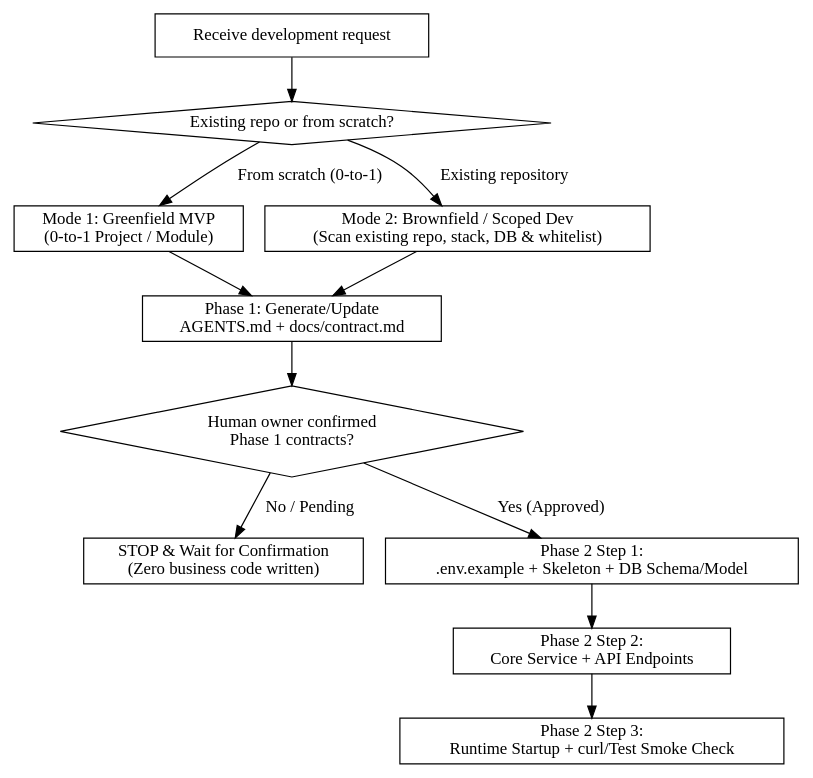
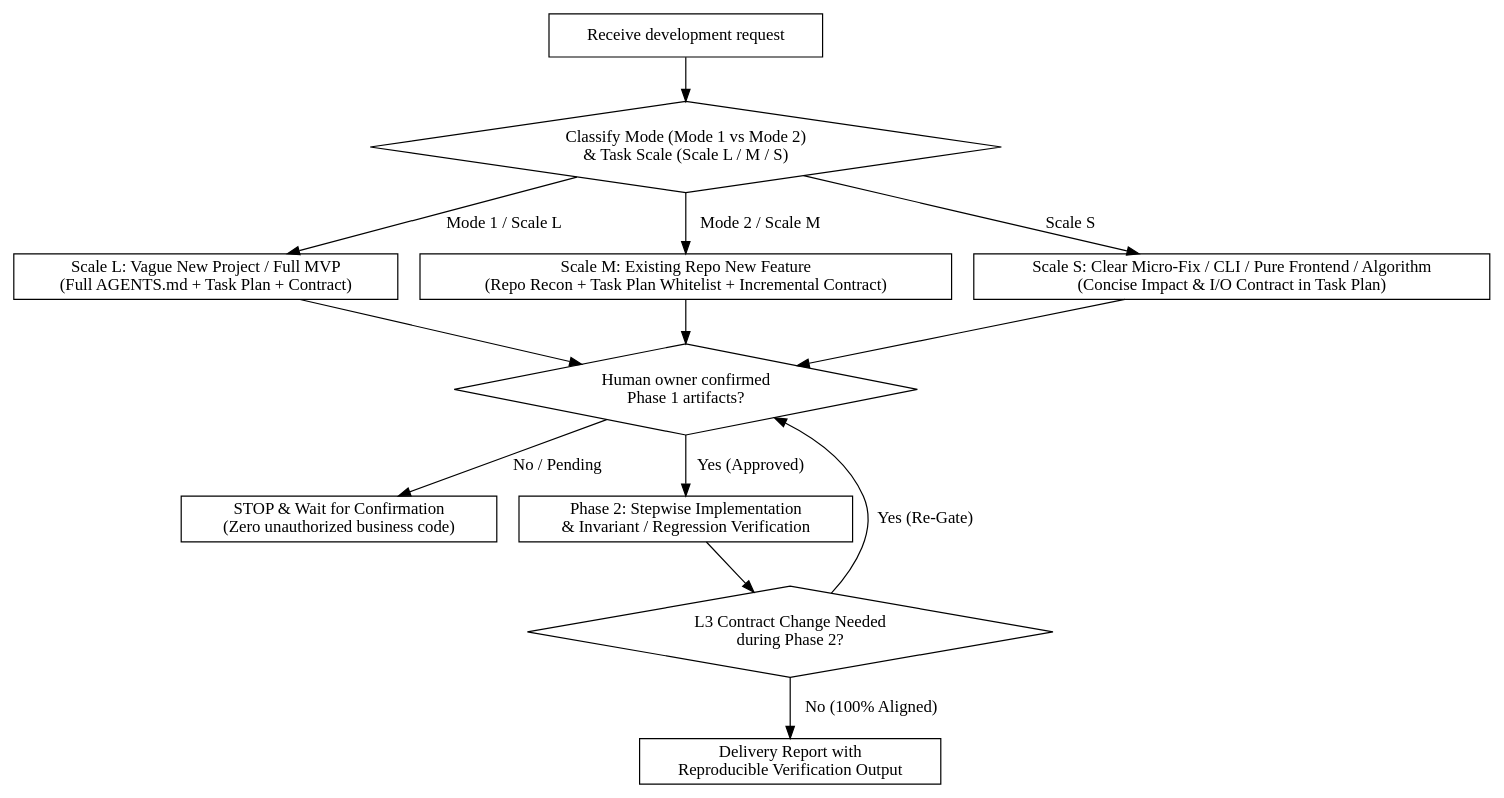
The diagram in SKILL.md (WaterProMax/dev-skill), drawn with Graphviz before and after one commit. The commit also changed other lines of this file and 15 other files, not shown here.

Commit message:
feat(v1.1.0): add 2-layer behavioral tests, template consistency audit, L1-L3 contract protocol, Scale L/M/S routing & runnable minimal repro

````diff
--- a/SKILL.md
+++ b/SKILL.md
@@ -24,26 +26,28 @@
 ```dot
 digraph dev_skill_flow {
     rankdir=TB;
     "Receive development request" [shape=box];
-    "Existing repo or from scratch?" [shape=diamond];
-    "Mode 1: Greenfield MVP\n(0-to-1 Project / Module)" [shape=box];
-    "Mode 2: Brownfield / Scoped Dev\n(Scan existing repo, stack, DB & whitelist)" [shape=box];
-    "Phase 1: Generate/Update\nAGENTS.md + docs/contract.md" [shape=box];
-    "Human owner confirmed\nPhase 1 contracts?" [shape=diamond];
-    "STOP & Wait for Confirmation\n(Zero business code written)" [shape=box];
-    "Phase 2 Step 1:\n.env.example + Skeleton + DB Schema/Model" [shape=box];
-    "Phase 2 Step 2:\nCore Service + API Endpoints" [shape=box];
-    "Phase 2 Step 3:\nRuntime Startup + curl/Test Smoke Check" [shape=box];
+    "Classify Mode (Mode 1 vs Mode 2)\n& Task Scale (Scale L / M / S)" [shape=diamond];
+    "Scale L: Vague New Project / Full MVP\n(Full AGENTS.md + Task Plan + Contract)" [shape=box];
+    "Scale M: Existing Repo New Feature\n(Repo Recon + Task Plan Whitelist + Incremental Contract)" [shape=box];
+    "Scale S: Clear Micro-Fix / CLI / Pure Frontend / Algorithm\n(Concise Impact & I/O Contract in Task Plan)" [shape=box];
+    "Human owner confirmed\nPhase 1 artifacts?" [shape=diamond];
+    "STOP & Wait for Confirmation\n(Zero unauthorized business code)" [shape=box];
+    "Phase 2: Stepwise Implementation\n& Invariant / Regression Verification" [shape=box];
+    "L3 Contract Change Needed\nduring Phase 2?" [shape=diamond];
+    "Delivery Report with\nReproducible Verification Output" [shape=box];
 
-    "Receive development request" -> "Existing repo or from scratch?";
-    "Existing repo or from scratch?" -> "Mode 1: Greenfield MVP\n(0-to-1 Project / Module)" [label="From scratch (0-to-1)"];
-    "Existing repo or from scratch?" -> "Mode 2: Brownfield / Scoped Dev\n(Scan existing repo, stack, DB & whitelist)" [label="Existing repository"];
-    "Mode 1: Greenfield MVP\n(0-to-1 Project / Module)" -> "Phase 1: Generate/Update\nAGENTS.md + docs/contract.md";
-    "Mode 2: Brownfield / Scoped Dev\n(Scan existing repo, stack, DB & whitelist)" -> "Phase 1: Generate/Update\nAGENTS.md + docs/contract.md";
-    "Phase 1: Generate/Update\nAGENTS.md + docs/contract.md" -> "Human owner confirmed\nPhase 1 contracts?";
-    "Human owner confirmed\nPhase 1 contracts?" -> "STOP & Wait for Confirmation\n(Zero business code written)" [label="No / Pending"];
-    "Human owner confirmed\nPhase 1 contracts?" -> "Phase 2 Step 1:\n.env.example + Skeleton + DB Schema/Model" [label="Yes (Approved)"];
-    "Phase 2 Step 1:\n.env.example + Skeleton + DB Schema/Model" -> "Phase 2 Step 2:\nCore Service + API Endpoints";
-    "Phase 2 Step 2:\nCore Service + API Endpoints" -> "Phase 2 Step 3:\nRuntime Startup + curl/Test Smoke Check";
+    "Receive development request" -> "Classify Mode (Mode 1 vs Mode 2)\n& Task Scale (Scale L / M / S)";
+    "Classify Mode (Mode 1 vs Mode 2)\n& Task Scale (Scale L / M / S)" -> "Scale L: Vague New Project / Full MVP\n(Full AGENTS.md + Task Plan + Contract)" [label="Mode 1 / Scale L"];
+    "Classify Mode (Mode 1 vs Mode 2)\n& Task Scale (Scale L / M / S)" -> "Scale M: Existing Repo New Feature\n(Repo Recon + Task Plan Whitelist + Incremental Contract)" [label="Mode 2 / Scale M"];
+    "Classify Mode (Mode 1 vs Mode 2)\n& Task Scale (Scale L / M / S)" -> "Scale S: Clear Micro-Fix / CLI / Pure Frontend / Algorithm\n(Concise Impact & I/O Contract in Task Plan)" [label="Scale S"];
+    "Scale L: Vague New Project / Full MVP\n(Full AGENTS.md + Task Plan + Contract)" -> "Human owner confirmed\nPhase 1 artifacts?";
+    "Scale M: Existing Repo New Feature\n(Repo Recon + Task Plan Whitelist + Incremental Contract)" -> "Human owner confirmed\nPhase 1 artifacts?";
+    "Scale S: Clear Micro-Fix / CLI / Pure Frontend / Algorithm\n(Concise Impact & I/O Contract in Task Plan)" -> "Human owner confirmed\nPhase 1 artifacts?";
+    "Human owner confirmed\nPhase 1 artifacts?" -> "STOP & Wait for Confirmation\n(Zero unauthorized business code)" [label="No / Pending"];
+    "Human owner confirmed\nPhase 1 artifacts?" -> "Phase 2: Stepwise Implementation\n& Invariant / Regression Verification" [label="Yes (Approved)"];
+    "Phase 2: Stepwise Implementation\n& Invariant / Regression Verification" -> "L3 Contract Change Needed\nduring Phase 2?";
+    "L3 Contract Change Needed\nduring Phase 2?" -> "Human owner confirmed\nPhase 1 artifacts?" [label="Yes (Re-Gate)"];
+    "L3 Contract Change Needed\nduring Phase 2?" -> "Delivery Report with\nReproducible Verification Output" [label="No (100% Aligned)"];
 }
 ```
````
